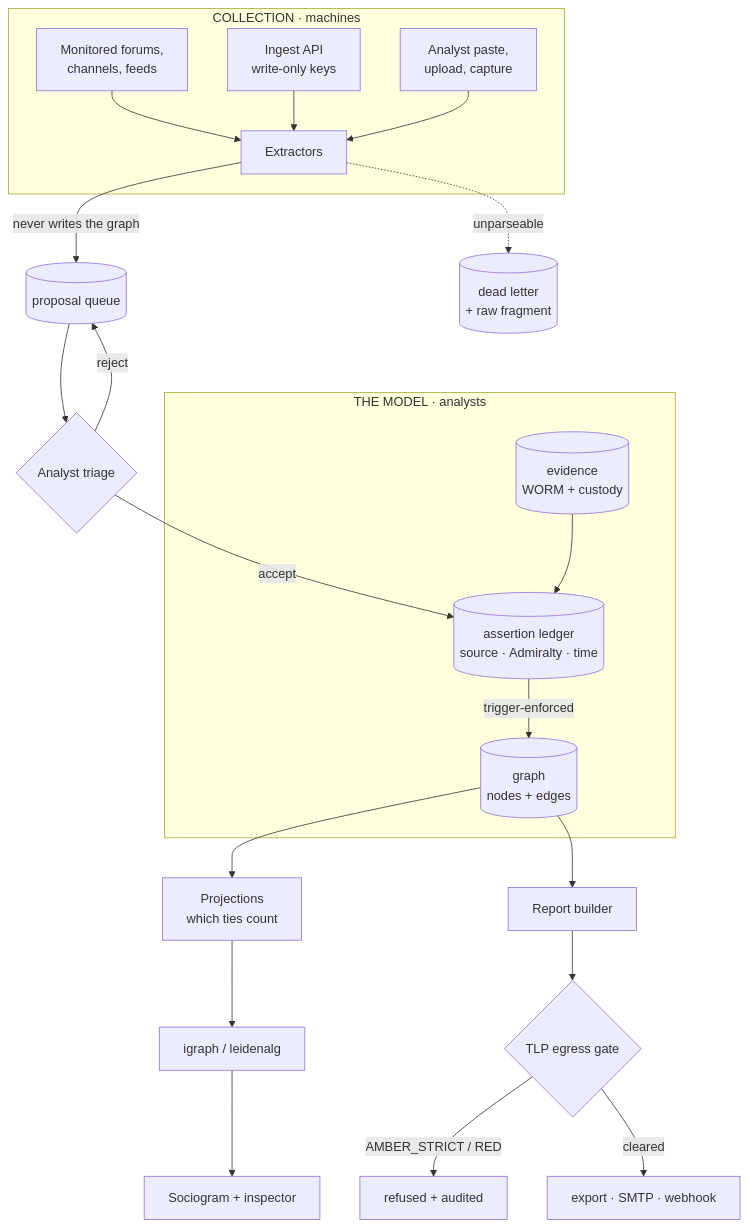
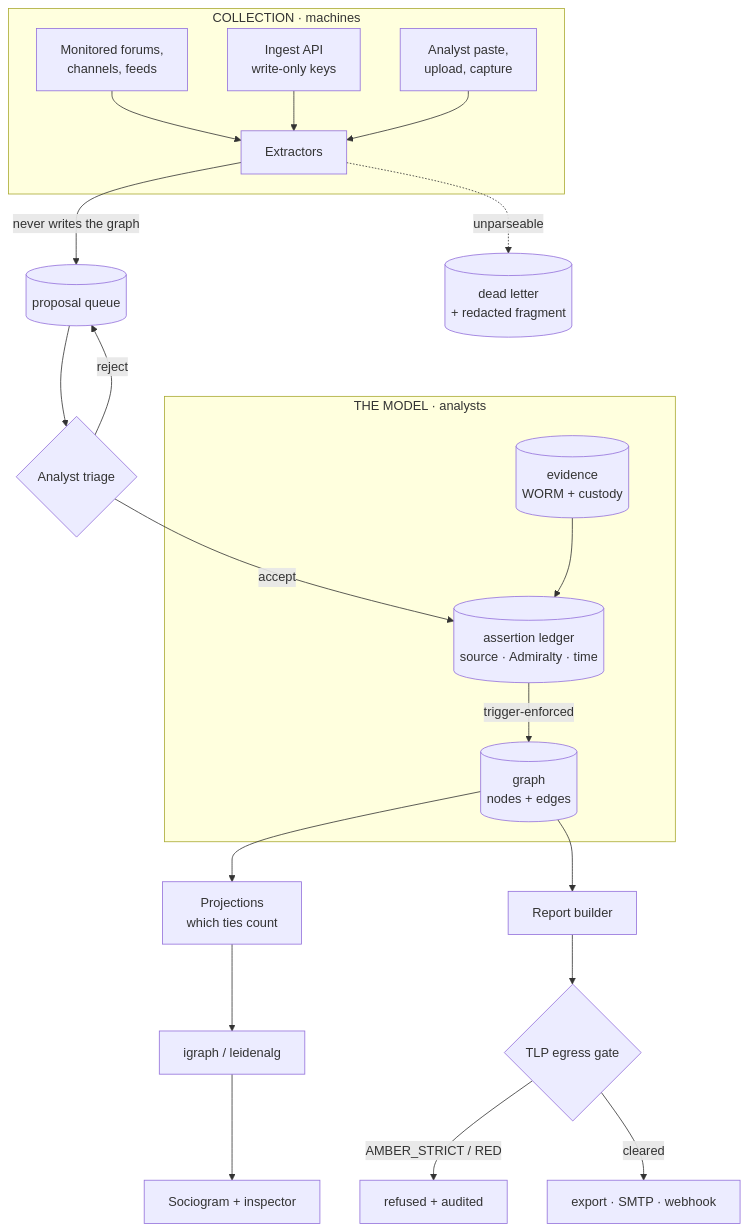
Before and after one commit to dboudreau00/NocTORnal: the first of 3 diagrams in README.md, drawn with Mermaid. The commit also changed other lines of this file and 88 other files, not shown here.

````diff
--- a/README.md
+++ b/README.md
@@ -402,30 +460,30 @@
 ```mermaid
 flowchart TB
     subgraph collect["COLLECTION · machines"]
         F["Monitored forums,<br/>channels, feeds"] --> X["Extractors"]
         I["Ingest API<br/>write-only keys"] --> X
         U["Analyst paste,<br/>upload, capture"] --> X
     end
 
     X -->|"never writes the graph"| P[("proposal queue")]
-    X -.->|"unparseable"| DL[("dead letter<br/>+ raw fragment")]
+    X -.->|"unparseable"| DL[("dead letter<br/>+ redacted fragment")]
 
     P --> T{"Analyst triage"}
     T -->|reject| P
     T -->|accept| A
 
     subgraph model["THE MODEL · analysts"]
         A[("assertion ledger<br/>source · Admiralty · time")]
         A -->|"trigger-enforced"| G[("graph<br/>nodes + edges")]
         E[("evidence<br/>WORM + custody")] --> A
     end
 
     G --> PR["Projections<br/>which ties count"]
     PR --> SNA["igraph / leidenalg"]
     SNA --> INS["Sociogram + inspector"]
 
     G --> RPT["Report builder"]
     RPT --> EG{"TLP egress gate"}
     EG -->|"AMBER_STRICT / RED"| STOP["refused + audited"]
     EG -->|cleared| OUT["export · SMTP · webhook"]
 ```
````
